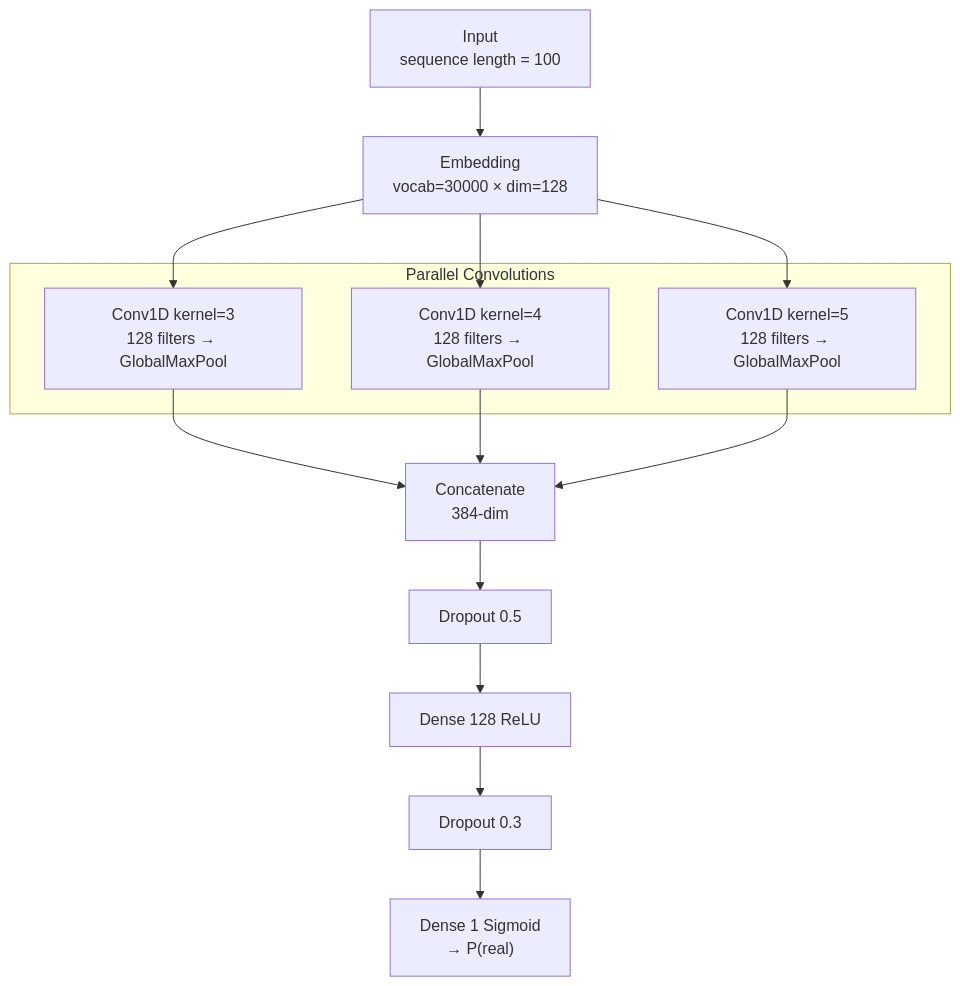
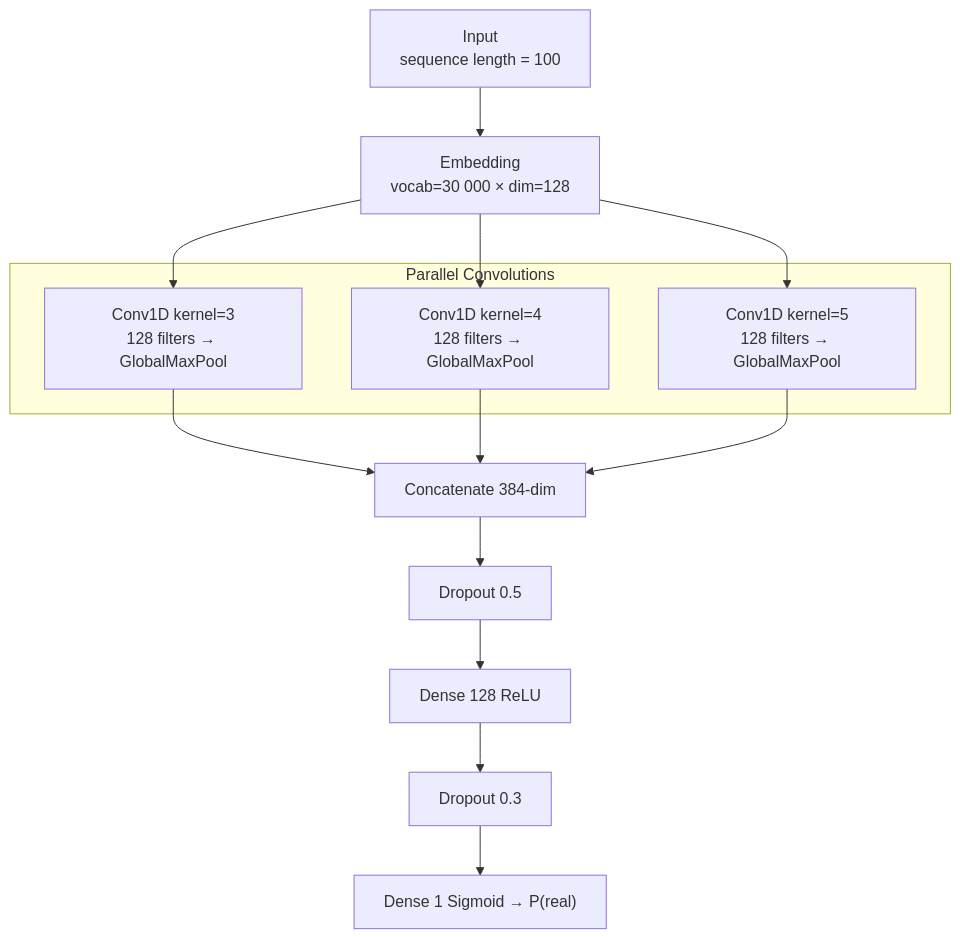
One commit to zegdane1998/fake-news-mlops changed the fourth of 9 diagrams in diagrams.md. Above: the diagram before and after it, drawn with Mermaid. The commit also changed other lines of this file and 3 other files, not shown here.

First line of the commit message:
Fix Vast.ai retraining pipeline and update diagrams

````diff
--- a/diagrams.md
+++ b/diagrams.md
@@ -99,21 +137,21 @@
 ```mermaid
 graph TB
     IN["Input\nsequence length = 100"]
-    EMB["Embedding\nvocab=30000 × dim=128"]
+    EMB["Embedding\nvocab=30 000 × dim=128"]
 
     subgraph CONV["Parallel Convolutions"]
         C3["Conv1D kernel=3\n128 filters → GlobalMaxPool"]
         C4["Conv1D kernel=4\n128 filters → GlobalMaxPool"]
         C5["Conv1D kernel=5\n128 filters → GlobalMaxPool"]
     end
 
-    CONCAT["Concatenate\n384-dim"]
+    CONCAT["Concatenate  384-dim"]
     DROP1["Dropout 0.5"]
     DENSE["Dense 128  ReLU"]
     DROP2["Dropout 0.3"]
-    OUT["Dense 1  Sigmoid\n→ P(real)"]
+    OUT["Dense 1  Sigmoid → P(real)"]
 
     IN --> EMB
     EMB --> C3 & C4 & C5
     C3 & C4 & C5 --> CONCAT --> DROP1 --> DENSE --> DROP2 --> OUT
 ```
````
